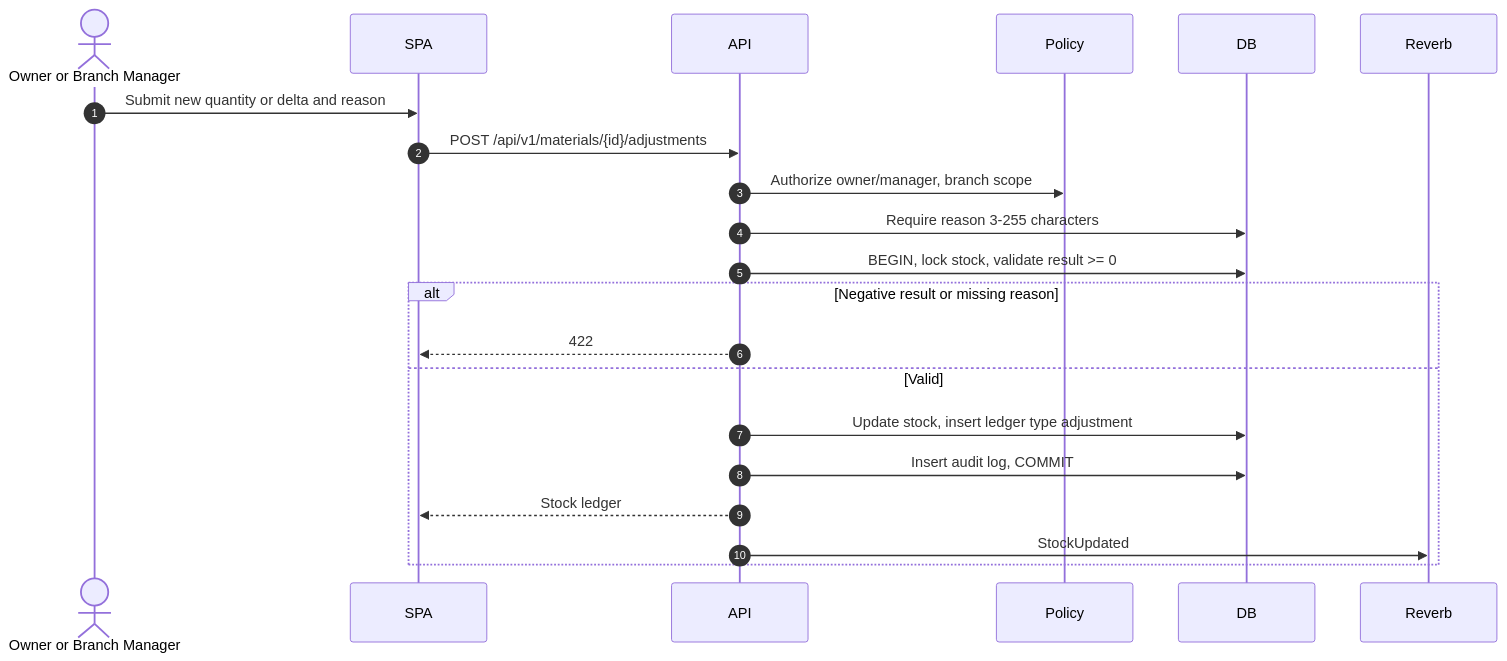
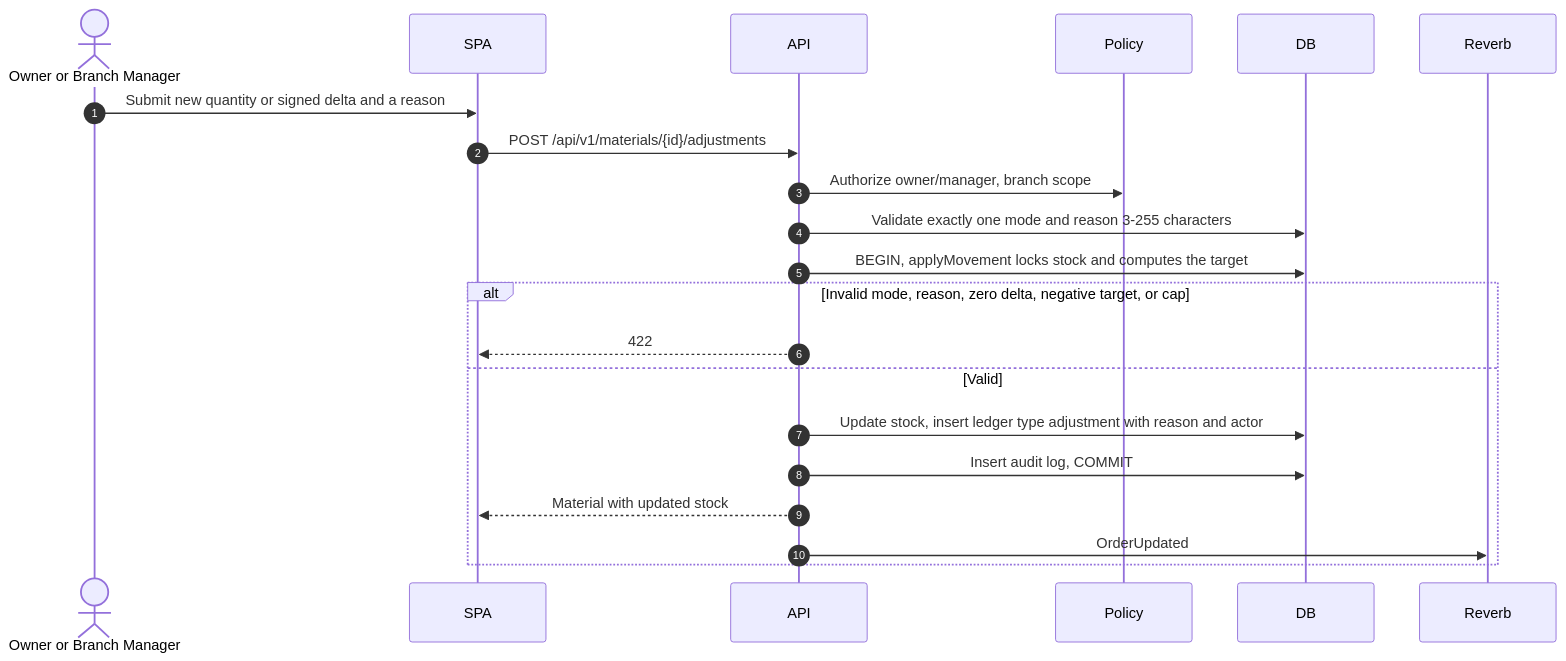
Before and after one commit to Arukast/pos_alja: diagram 13 of 21 in docs/architecture/sequence-diagrams.md, drawn with Mermaid. The commit also changed other lines of this file and 9 other files, not shown here.

````diff
--- a/docs/architecture/sequence-diagrams.md
+++ b/docs/architecture/sequence-diagrams.md
@@ -339,24 +347,24 @@
 ```mermaid
 sequenceDiagram
     autonumber
     actor A as Owner or Branch Manager
     participant SPA
     participant API
     participant Policy
     participant DB
     participant R as Reverb
 
-    A->>SPA: Submit new quantity or delta and reason
+    A->>SPA: Submit new quantity or signed delta and a reason
     SPA->>API: POST /api/v1/materials/{id}/adjustments
     API->>Policy: Authorize owner/manager, branch scope
-    API->>DB: Require reason 3-255 characters
-    API->>DB: BEGIN, lock stock, validate result >= 0
-    alt Negative result or missing reason
+    API->>DB: Validate exactly one mode and reason 3-255 characters
+    API->>DB: BEGIN, applyMovement locks stock and computes the target
+    alt Invalid mode, reason, zero delta, negative target, or cap
         API-->>SPA: 422
     else Valid
-        API->>DB: Update stock, insert ledger type adjustment
+        API->>DB: Update stock, insert ledger type adjustment with reason and actor
         API->>DB: Insert audit log, COMMIT
-        API-->>SPA: Stock ledger
-        API->>R: StockUpdated
+        API-->>SPA: Material with updated stock
+        API->>R: OrderUpdated
     end
 ```
````
